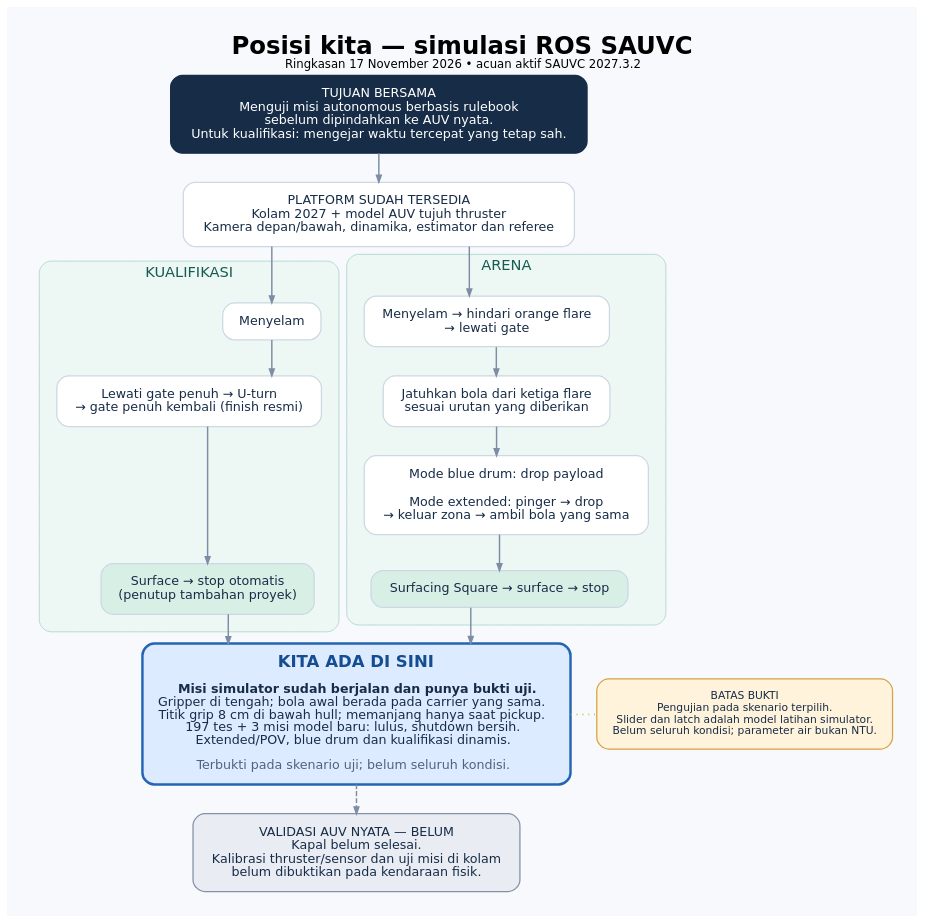
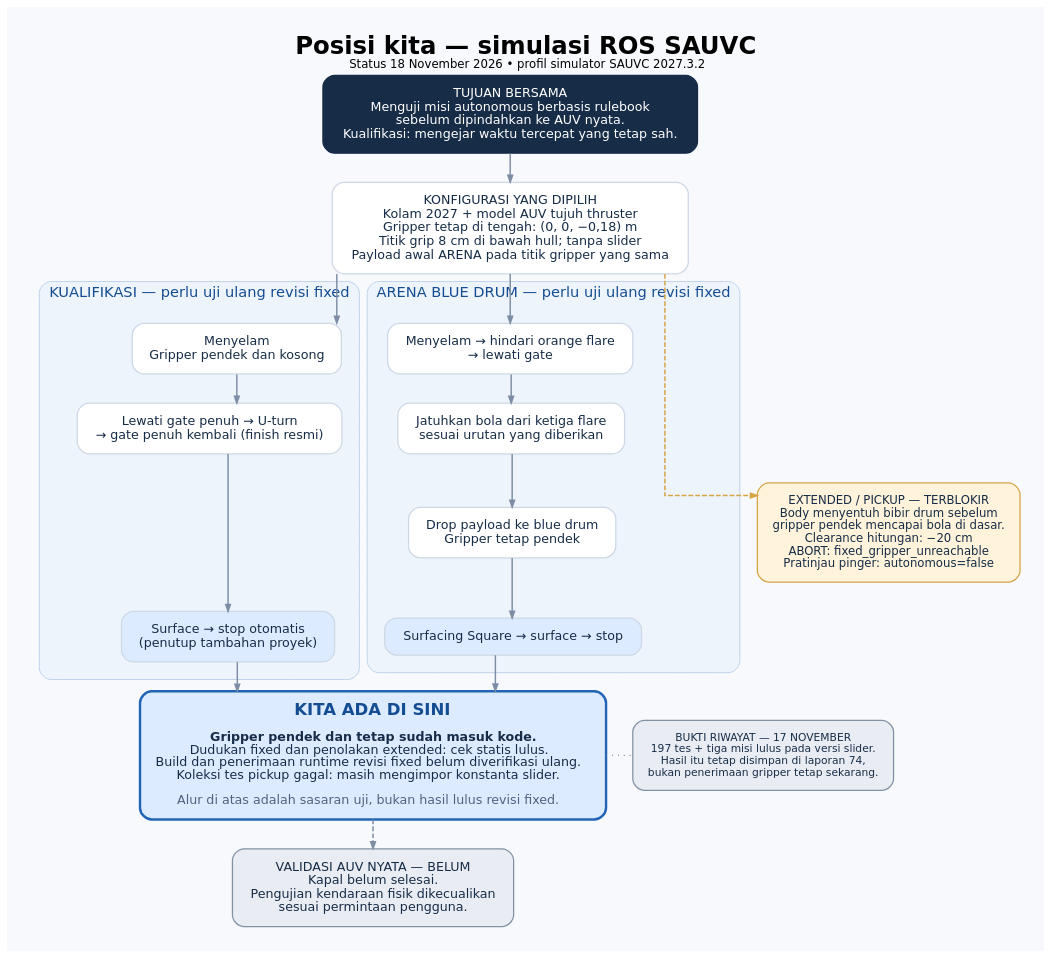
The diagram in doc/diagrams/status-simulasi-sauvc.dot (Customize5773/AUV), drawn with Graphviz before and after one commit. The commit also changed 6 other files, not shown here.

First line of the commit message:
Update rulebook and documentation for November 2026 revisions

```diff
--- a/doc/diagrams/status-simulasi-sauvc.dot
+++ b/doc/diagrams/status-simulasi-sauvc.dot
@@ -1,46 +1,50 @@
 digraph progress {
   graph [rankdir=TB, newrank=true, bgcolor="#F7F9FC", pad="0.35", nodesep="0.38", ranksep="0.42", splines=ortho,
          fontname="DejaVu Sans", labelloc=t,
-         label=<<FONT POINT-SIZE="25"><B>Posisi kita — simulasi ROS SAUVC</B></FONT><BR/><FONT POINT-SIZE="12">Ringkasan 17 November 2026 • acuan aktif SAUVC 2027.3.2</FONT>>];
+         label=<<FONT POINT-SIZE="25"><B>Posisi kita — simulasi ROS SAUVC</B></FONT><BR/><FONT POINT-SIZE="12">Status 18 November 2026 • profil simulator SAUVC 2027.3.2</FONT>>];
   node [shape=box, style="rounded,filled", fontname="DejaVu Sans", fontsize=13,
         color="#CDD7E5", fillcolor="white", fontcolor="#172C47", margin="0.22,0.16", penwidth=1.3];
   edge [color="#7D8DA5", arrowsize=0.7, penwidth=1.5];
 
   goal [fillcolor="#172C47", fontcolor="white", color="#172C47",
-        label="TUJUAN BERSAMA\nMenguji misi autonomous berbasis rulebook\nsebelum dipindahkan ke AUV nyata.\nUntuk kualifikasi: mengejar waktu tercepat yang tetap sah."];
-  platform [label="PLATFORM SUDAH TERSEDIA\nKolam 2027 + model AUV tujuh thruster\nKamera depan/bawah, dinamika, estimator dan referee"];
+        label="TUJUAN BERSAMA\nMenguji misi autonomous berbasis rulebook\nsebelum dipindahkan ke AUV nyata.\nKualifikasi: mengejar waktu tercepat yang tetap sah."];
+  platform [label="KONFIGURASI YANG DIPILIH\nKolam 2027 + model AUV tujuh thruster\nGripper tetap di tengah: (0, 0, −0,18) m\nTitik grip 8 cm di bawah hull; tanpa slider\nPayload awal ARENA pada titik gripper yang sama"];
   goal -> platform;
 
   subgraph cluster_q {
-    label="KUALIFIKASI"; fontname="DejaVu Sans"; fontsize=15; fontcolor="#165C51";
-    color="#B4DAD1"; style="rounded,filled"; fillcolor="#EDF7F4"; margin=18;
-    q1 [label="Menyelam"];
+    label="KUALIFIKASI — perlu uji ulang revisi fixed"; fontname="DejaVu Sans"; fontsize=15; fontcolor="#144D91";
+    color="#BED2EB"; style="rounded,filled"; fillcolor="#EEF4FC"; margin=18;
+    q1 [label="Menyelam\nGripper pendek dan kosong"];
     q2 [label="Lewati gate penuh → U-turn\n→ gate penuh kembali (finish resmi)"];
-    q3 [label="Surface → stop otomatis\n(penutup tambahan proyek)", fillcolor="#D8EFE6"];
+    q3 [label="Surface → stop otomatis\n(penutup tambahan proyek)", fillcolor="#DCEBFF"];
     q1 -> q2 -> q3;
   }
   subgraph cluster_a {
-    label="ARENA"; fontname="DejaVu Sans"; fontsize=15; fontcolor="#165C51";
-    color="#B4DAD1"; style="rounded,filled"; fillcolor="#EDF7F4"; margin=18;
+    label="ARENA BLUE DRUM — perlu uji ulang revisi fixed"; fontname="DejaVu Sans"; fontsize=15; fontcolor="#144D91";
+    color="#BED2EB"; style="rounded,filled"; fillcolor="#EEF4FC"; margin=18;
     a1 [label="Menyelam → hindari orange flare\n→ lewati gate"];
     a2 [label="Jatuhkan bola dari ketiga flare\nsesuai urutan yang diberikan"];
-    a3 [label="Mode blue drum: drop payload\n\nMode extended: pinger → drop\n→ keluar zona → ambil bola yang sama"];
-    a4 [label="Surfacing Square → surface → stop", fillcolor="#D8EFE6"];
+    a3 [label="Drop payload ke blue drum\nGripper tetap pendek"];
+    a4 [label="Surfacing Square → surface → stop", fillcolor="#DCEBFF"];
     a1 -> a2 -> a3 -> a4;
   }
+  blocked [fillcolor="#FFF3DB", color="#D6A445", fontsize=12,
+           label="EXTENDED / PICKUP — TERBLOKIR\nBody menyentuh bibir drum sebelum\ngripper pendek mencapai bola di dasar.\nClearance hitungan: −20 cm\nABORT: fixed_gripper_unreachable\nPratinjau pinger: autonomous=false"];
   platform -> q1; platform -> a1;
+  platform -> blocked [style=dashed, color="#D6A445"];
   {rank=same; q1; a1; q1 -> a1 [style=invis];}
+  {rank=same; a3; blocked;}
 
   now [fillcolor="#DCEBFF", color="#2365B4", penwidth=2.5,
-       label=<<FONT POINT-SIZE="17" COLOR="#144D91"><B>KITA ADA DI SINI</B></FONT><BR/><BR/><B>Misi simulator sudah berjalan dan punya bukti uji.</B><BR/>Gripper di tengah; bola awal berada pada carrier yang sama.<BR/>Titik grip 8 cm di bawah hull; memanjang hanya saat pickup.<BR/>197 tes + 3 misi model baru: lulus, shutdown bersih.<BR/>Extended/POV, blue drum dan kualifikasi dinamis.<BR/><BR/><FONT COLOR="#52627A">Terbukti pada skenario uji; belum seluruh kondisi.</FONT>>];
+       label=<<FONT POINT-SIZE="17" COLOR="#144D91"><B>KITA ADA DI SINI</B></FONT><BR/><BR/><B>Gripper pendek dan tetap sudah masuk kode.</B><BR/>Dudukan fixed dan penolakan extended: cek statis lulus.<BR/>Build dan penerimaan runtime revisi fixed belum diverifikasi ulang.<BR/>Koleksi tes pickup gagal: masih mengimpor konstanta slider.<BR/><BR/><FONT COLOR="#52627A">Alur di atas adalah sasaran uji, bukan hasil lulus revisi fixed.</FONT>>];
   q3 -> now; a4 -> now;
 
-  limit [fillcolor="#FFF3DB", color="#D6A445", fontsize=11,
-         label="BATAS BUKTI\nPengujian pada skenario terpilih.\nSlider dan latch adalah model latihan simulator.\nBelum seluruh kondisi; parameter air bukan NTU."];
-  {rank=same; now; limit;}
-  now -> limit [style=dotted, arrowhead=none, color="#D6A445", constraint=false];
+  history [fillcolor="#E9EDF3", color="#8491A5", fontsize=11,
+           label="BUKTI RIWAYAT — 17 NOVEMBER\n197 tes + tiga misi lulus pada versi slider.\nHasil itu tetap disimpan di laporan 74,\nbukan penerimaan gripper tetap sekarang."];
+  {rank=same; now; history;}
+  now -> history [style=dotted, arrowhead=none, constraint=false];
 
   real [fillcolor="#E9EDF3", color="#8491A5",
-        label="VALIDASI AUV NYATA — BELUM\nKapal belum selesai.\nKalibrasi thruster/sensor dan uji misi di kolam\nbelum dibuktikan pada kendaraan fisik."];
+        label="VALIDASI AUV NYATA — BELUM\nKapal belum selesai.\nPengujian kendaraan fisik dikecualikan\nsesuai permintaan pengguna."];
   now -> real [style=dashed];
 }
```
